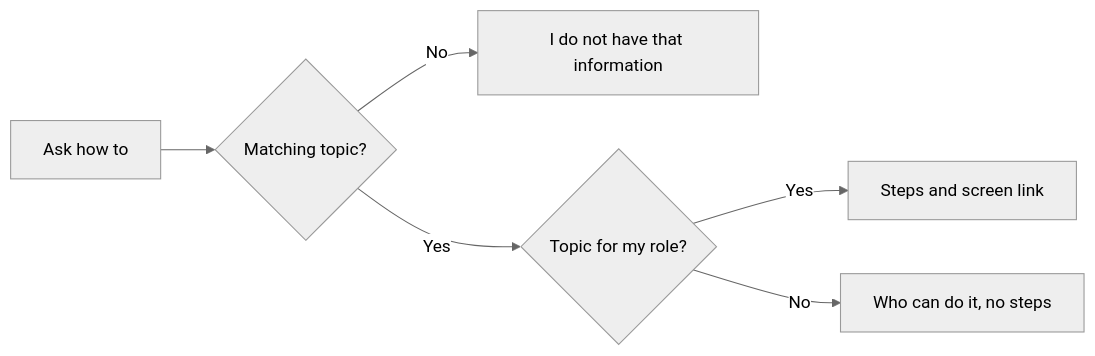
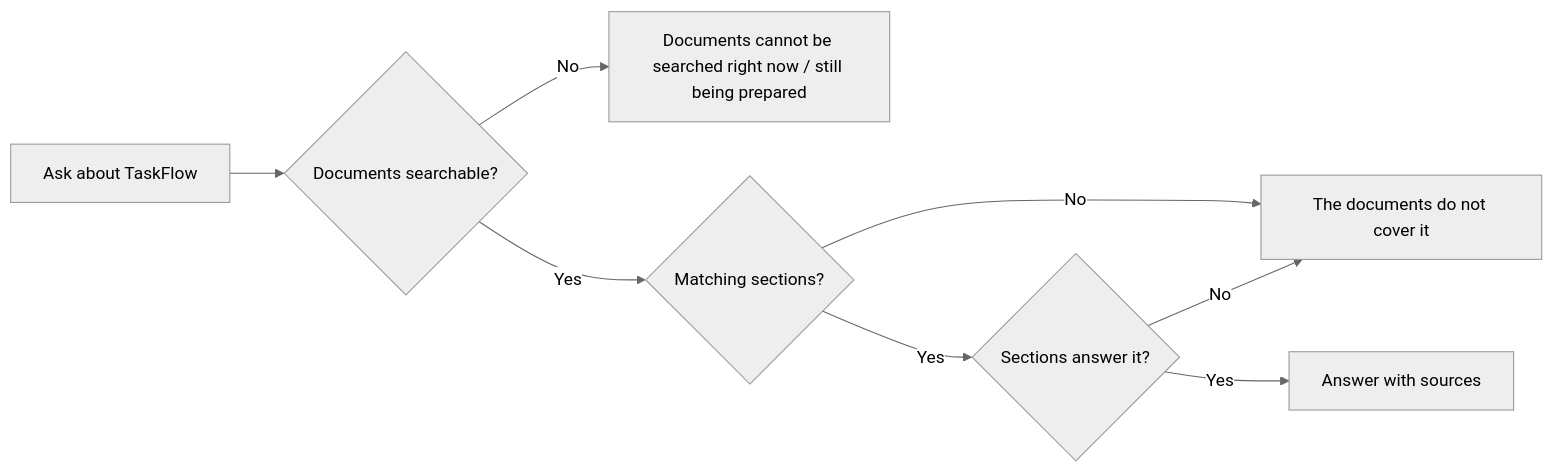
Before and after one commit to jojogeorge3344/TaskFlow-Project: the third of 3 diagrams in TF - Documents/TF - BRD/08-TFA-Assistant/08.1-Assistant/BRD-Assistant.md, drawn with Mermaid (neutral theme). The commit also changed other lines of this file and 123 other files, not shown here.

First line of the commit message:
feat(assistant): answer documentation questions from TF - Documents via local RAG

````diff
--- a/TF - Documents/TF - BRD/08-TFA-Assistant/08.1-Assistant/BRD-Assistant.md
+++ b/TF - Documents/TF - BRD/08-TFA-Assistant/08.1-Assistant/BRD-Assistant.md
@@ -218,8 +227,10 @@
 ```mermaid
 flowchart LR
-  A["Ask how to"] --> B{"Matching topic?"}
-  B -- No --> C["I do not have that information"]
-  B -- Yes --> D{"Topic for my role?"}
-  D -- Yes --> E["Steps and screen link"]
-  D -- No --> F["Who can do it, no steps"]
+  A["Ask about TaskFlow"] --> B{"Documents searchable?"}
+  B -- No --> C["Documents cannot be searched right now / still being prepared"]
+  B -- Yes --> D{"Matching sections?"}
+  D -- No --> E["The documents do not cover it"]
+  D -- Yes --> F{"Sections answer it?"}
+  F -- Yes --> G["Answer with sources"]
+  F -- No --> E
 ```
````
